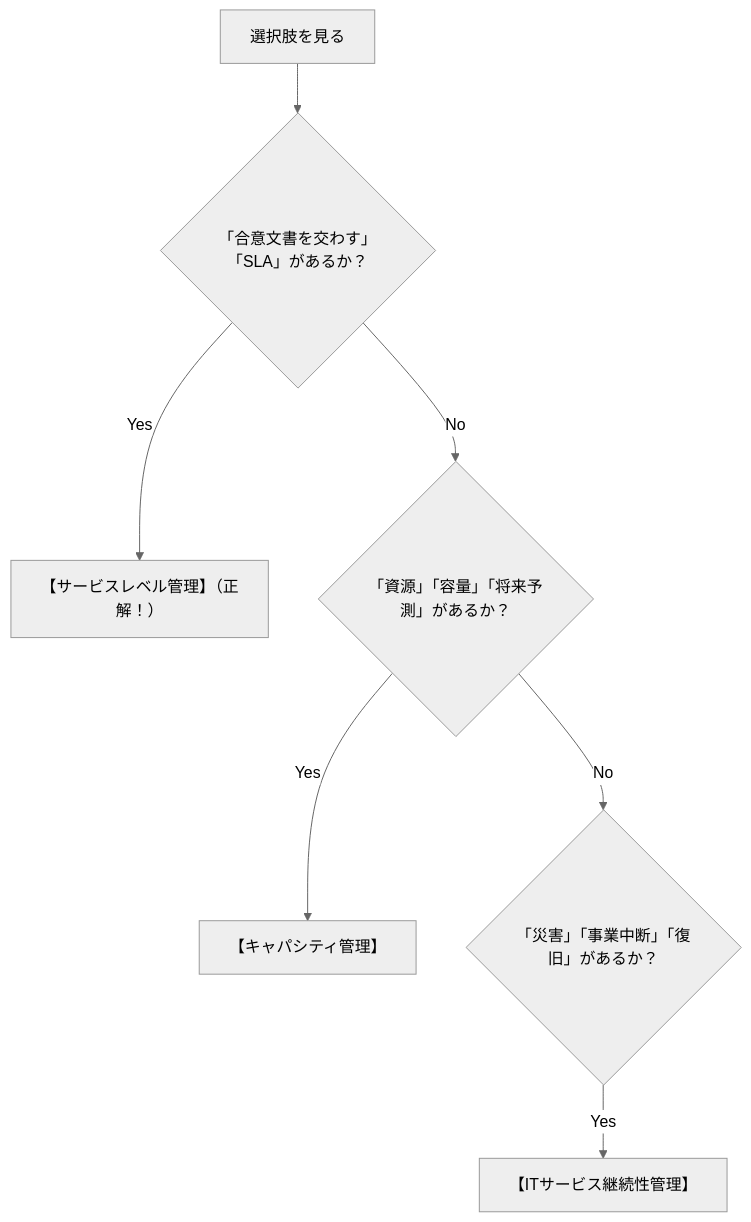
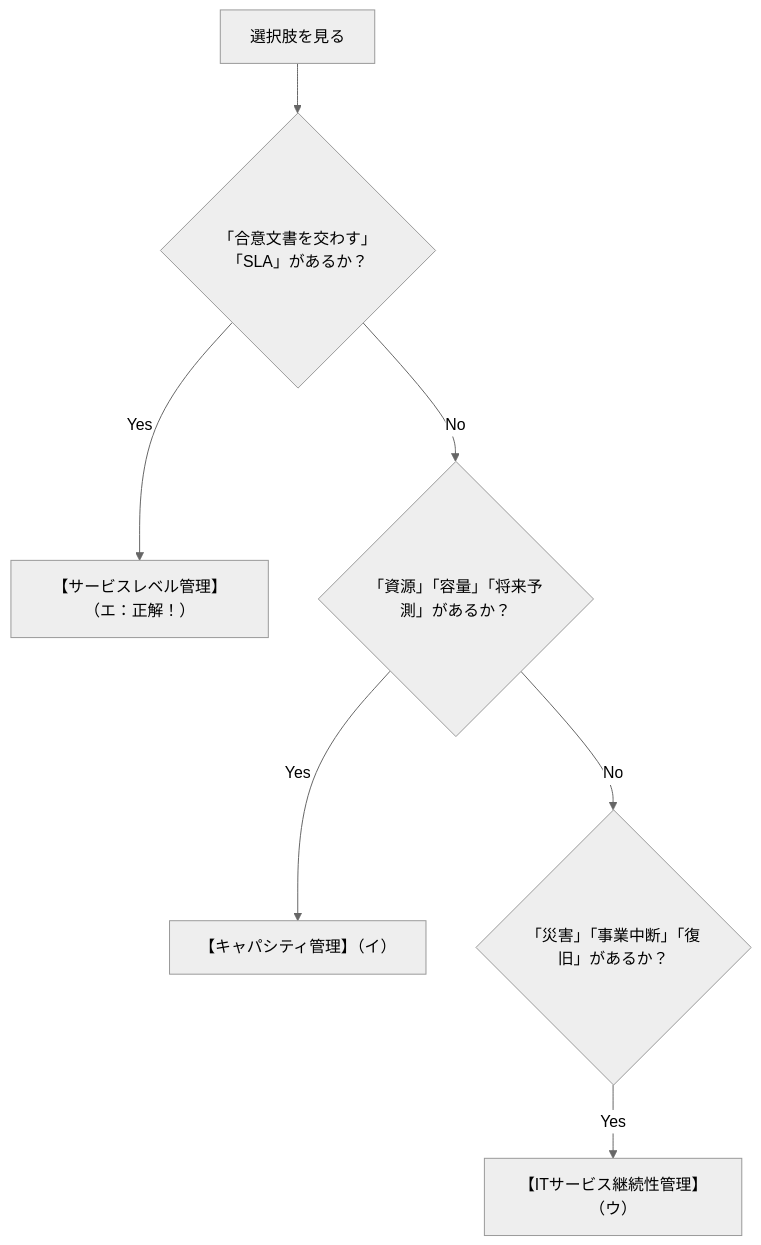
One commit to h4npen/AP-MindMap-Anki changed the diagram in docs/inbox/15_サービスマネジメント/service-level-management-sla.md. Above: the diagram before and after it, drawn with Mermaid (neutral theme). The commit also changed other lines of this file and 33 other files, not shown here.

````diff
--- a/docs/inbox/15_サービスマネジメント/service-level-management-sla.md
+++ b/docs/inbox/15_サービスマネジメント/service-level-management-sla.md
@@ -47,10 +66,10 @@
 ```mermaid
 flowchart TD
     Q[選択肢を見る]
     Q --> S1{"「合意文書を交わす」「SLA」があるか？"}
-    S1 -- Yes --> A1["【サービスレベル管理】（正解！）"]
+    S1 -- Yes --> A1["【サービスレベル管理】（エ：正解！）"]
     S1 -- No --> S2{"「資源」「容量」「将来予測」があるか？"}
-    S2 -- Yes --> A2["【キャパシティ管理】"]
+    S2 -- Yes --> A2["【キャパシティ管理】（イ）"]
     S2 -- No --> S3{"「災害」「事業中断」「復旧」があるか？"}
-    S3 -- Yes --> A3["【ITサービス継続性管理】"]
+    S3 -- Yes --> A3["【ITサービス継続性管理】（ウ）"]
 ```
````
